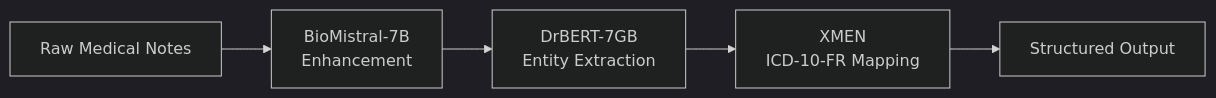
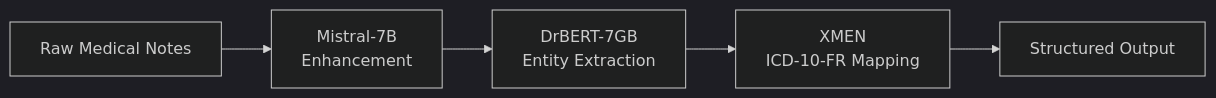
Before and after one commit to spideystreet/corelia: the diagram in docs/architecture.md, drawn with Mermaid (dark theme). The commit also changed other lines of this file and 20 other files, not shown here.

````diff
--- a/docs/architecture.md
+++ b/docs/architecture.md
@@ -7,7 +7,7 @@
 ```mermaid
 graph LR
-    A[Raw Medical Notes] --> B[BioMistral-7B<br/>Enhancement]
+    A[Raw Medical Notes] --> B[Mistral-7B<br/>Enhancement]
     B --> C[DrBERT-7GB<br/>Entity Extraction]
     C --> D[XMEN<br/>ICD-10-FR Mapping]
     D --> E[Structured Output]
 ```
````
